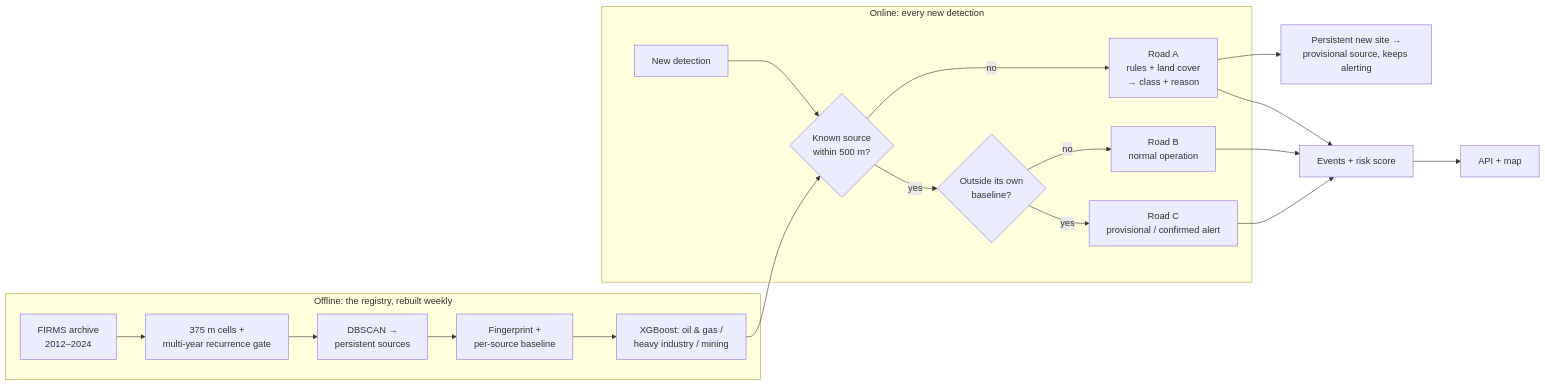
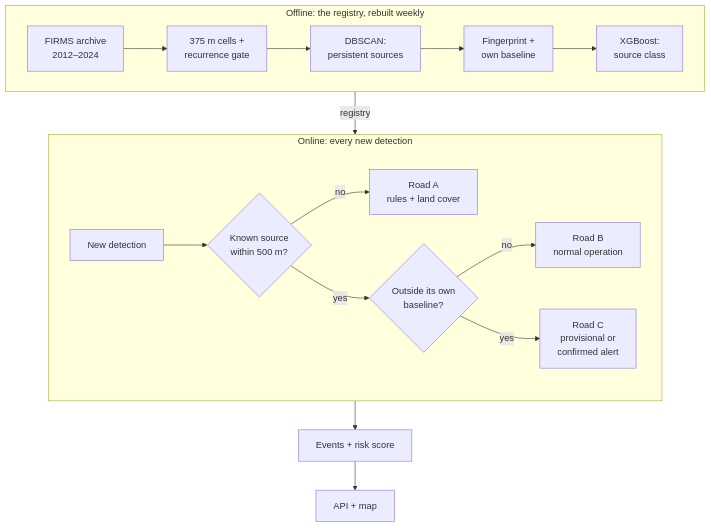
Before and after one commit to Pragyan977538/PYRO_DAS: the diagram in README.md, drawn with Mermaid.

Commit message:
README: stack the architecture diagram in two readable rows

````diff
--- a/README.md
+++ b/README.md
@@ -31,22 +31,17 @@
 ```mermaid
-flowchart LR
+flowchart TB
     subgraph offline["Offline: the registry, rebuilt weekly"]
-        A["FIRMS archive<br/>2012–2024"] --> B["375 m cells +<br/>multi-year recurrence gate"]
-        B --> C["DBSCAN →<br/>persistent sources"]
-        C --> D["Fingerprint +<br/>per-source baseline"]
-        D --> E["XGBoost: oil &amp; gas /<br/>heavy industry / mining"]
+        direction LR
+        A["FIRMS archive<br/>2012–2024"] --> B["375 m cells +<br/>recurrence gate"] --> C["DBSCAN:<br/>persistent sources"] --> D["Fingerprint +<br/>own baseline"] --> E["XGBoost:<br/>source class"]
     end
     subgraph online["Online: every new detection"]
+        direction LR
         N["New detection"] --> Q{"Known source<br/>within 500 m?"}
-        Q -- "no" --> RA["Road A<br/>rules + land cover<br/>→ class + reason"]
+        Q -- "no" --> RA["Road A<br/>rules + land cover"]
         Q -- "yes" --> T{"Outside its own<br/>baseline?"}
         T -- "no" --> RB["Road B<br/>normal operation"]
-        T -- "yes" --> RC["Road C<br/>provisional / confirmed alert"]
+        T -- "yes" --> RC["Road C<br/>provisional or<br/>confirmed alert"]
     end
-    E --> Q
-    RA --> P["Persistent new site →<br/>provisional source, keeps alerting"]
-    RA --> EV["Events + risk score"]
-    RB --> EV
-    RC --> EV
-    EV --> MAP["API + map"]
+    offline -- "registry" --> online
+    online --> EV["Events + risk score"] --> MAP["API + map"]
 ```
````
